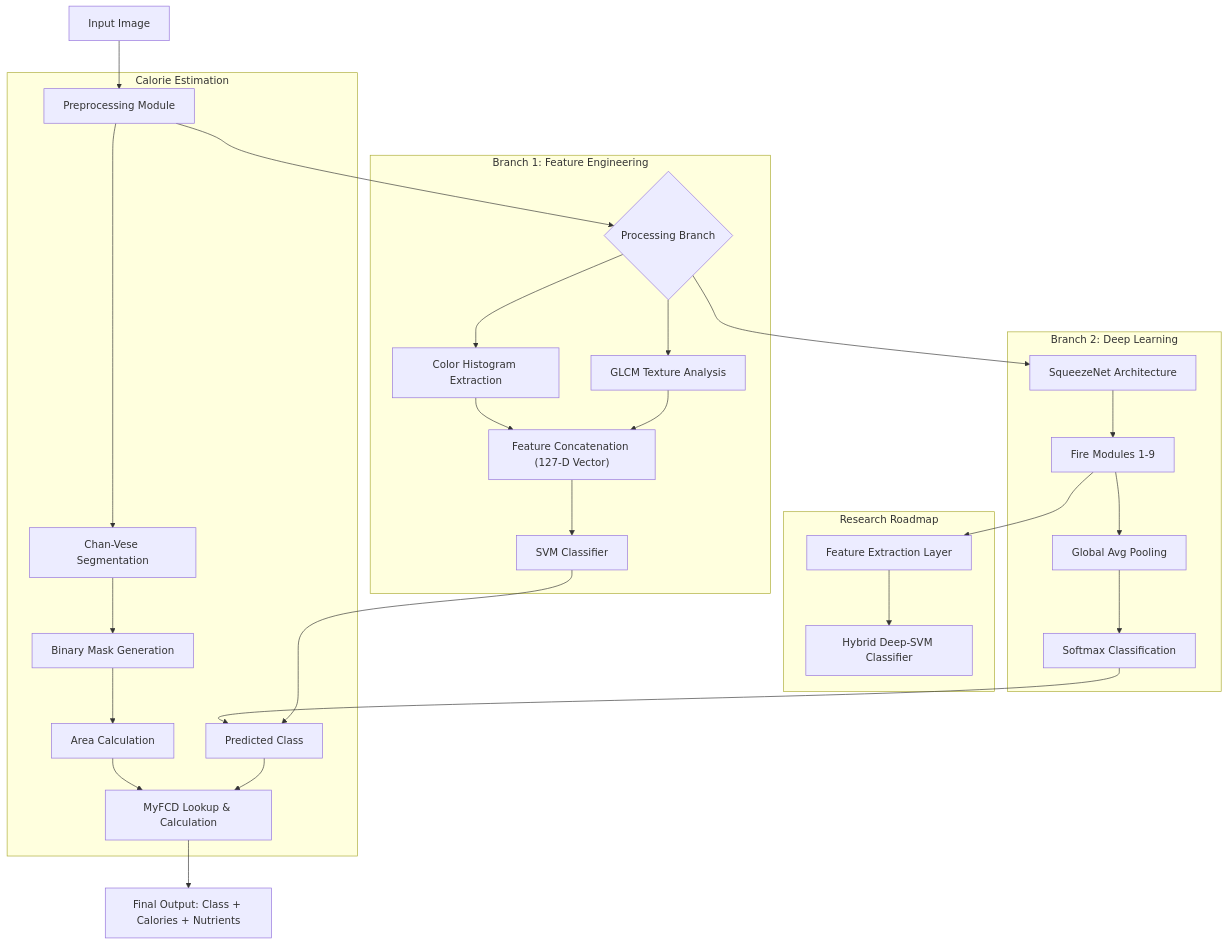
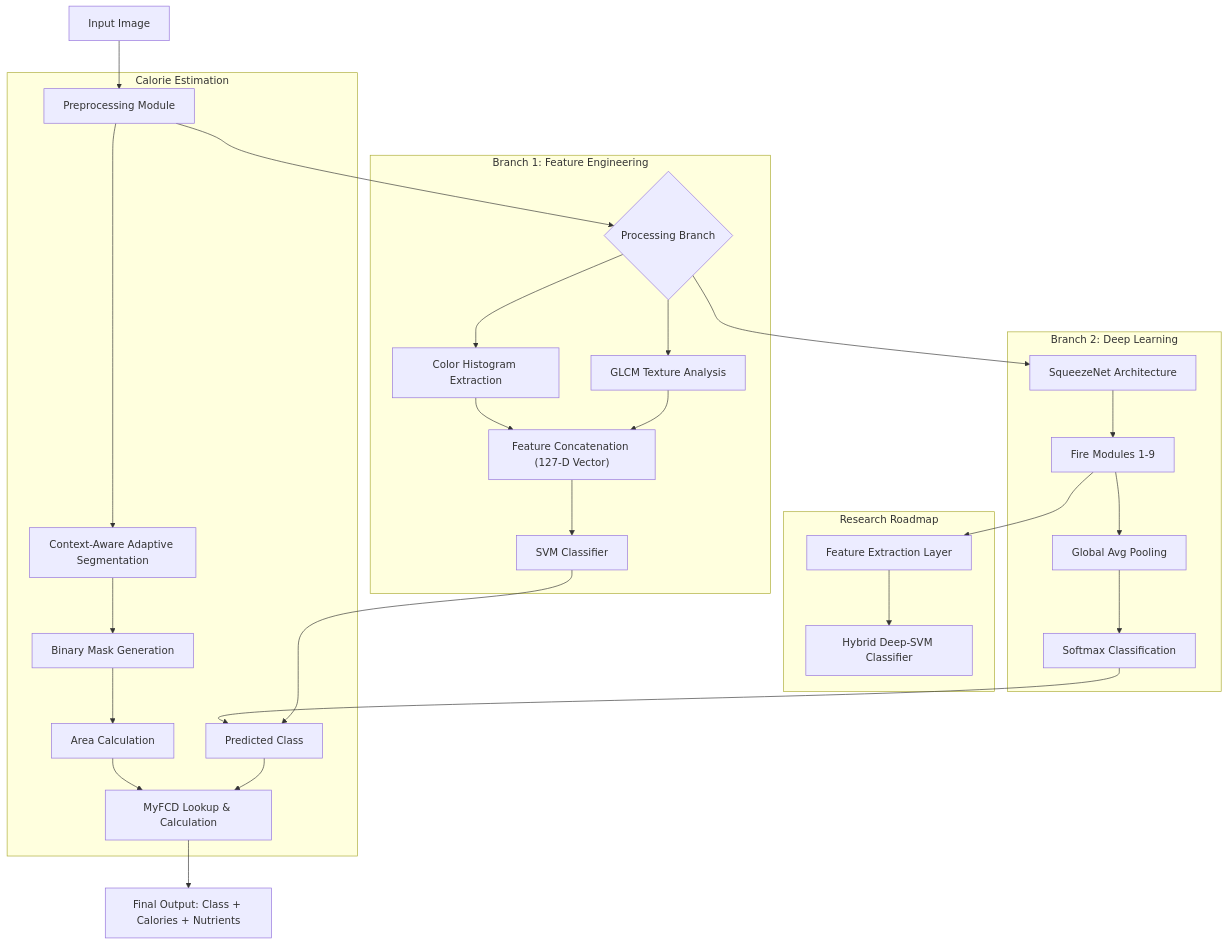
One commit to izwanGit/malaysian-food-recognition changed the first of 7 diagrams in README.md. Above: the diagram before and after it, drawn with Mermaid. The commit also changed other lines of this file, not shown here.

First line of the commit message:
docs(readme): update segmentation methodology

````diff
--- a/README.md
+++ b/README.md
@@ -98,34 +98,34 @@
 ```mermaid
 graph TD
     A[Input Image] --> B[Preprocessing Module]
     B --> C{Processing Branch}
     
     subgraph "Branch 1: Feature Engineering"
     C --> D[Color Histogram Extraction]
     C --> E[GLCM Texture Analysis]
     D & E --> F["Feature Concatenation (127-D Vector)"]
     F --> G[SVM Classifier]
     end
     
     subgraph "Branch 2: Deep Learning"
     C --> H["SqueezeNet Architecture"]
     H --> I["Fire Modules 1-9"]
     I --> J["Global Avg Pooling"]
     J --> K["Softmax Classification"]
     end
     
     subgraph "Research Roadmap"
     I --> L[Feature Extraction Layer]
     L --> M[Hybrid Deep-SVM Classifier]
     end
     
     subgraph "Calorie Estimation"
-    B --> N[Chan-Vese Segmentation]
+    B --> N["Context-Aware Adaptive Segmentation"]
     N --> O[Binary Mask Generation]
     O --> P[Area Calculation]
     K & G --> Q[Predicted Class]
     P & Q --> R[MyFCD Lookup & Calculation]
     end
     
     R --> S[Final Output: Class + Calories + Nutrients]
 ```
````
